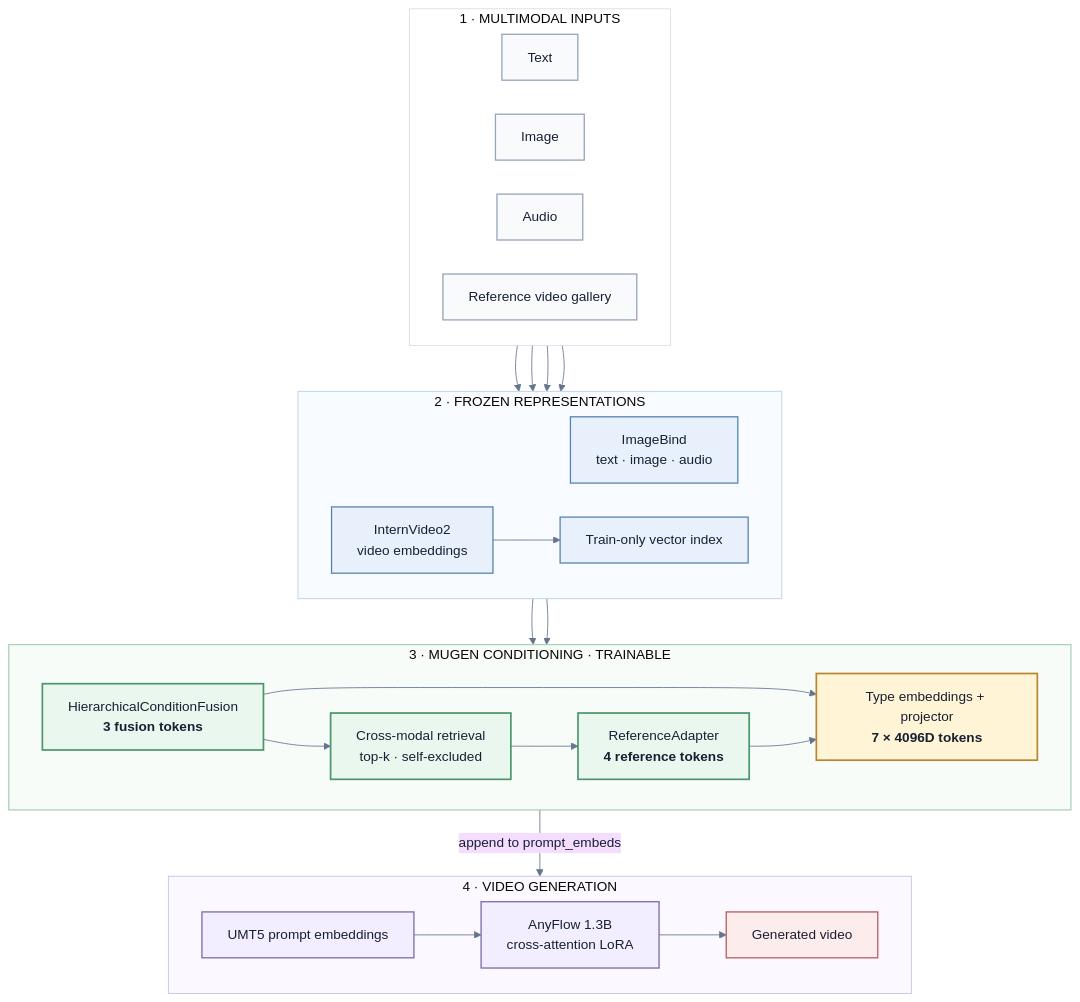
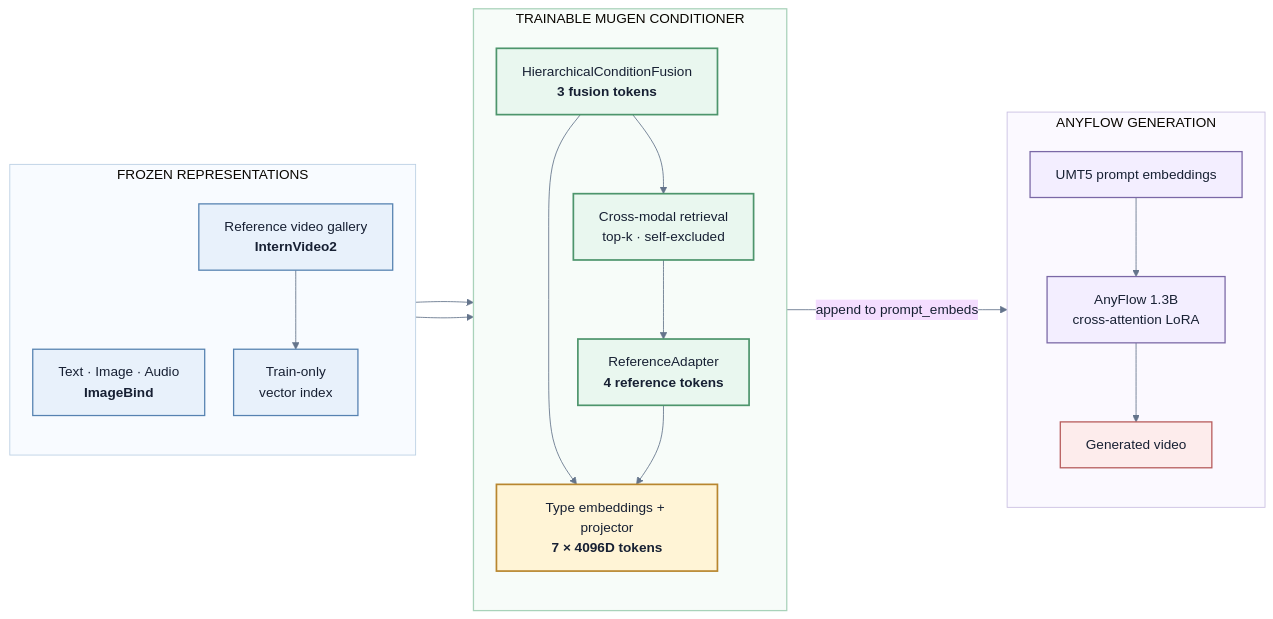
One commit to TomLjm/MUGen-VR changed the diagram in README.md. Above: the diagram before and after it, drawn with Mermaid.

Commit message:
docs: compact architecture overview

````diff
--- a/README.md
+++ b/README.md
@@ -15,66 +15,52 @@
 ```mermaid
-%%{init: {"theme": "base", "themeVariables": {"background": "#ffffff", "primaryTextColor": "#172033", "lineColor": "#64748b", "fontFamily": "Inter, ui-sans-serif, system-ui"}, "flowchart": {"curve": "basis", "nodeSpacing": 40, "rankSpacing": 54}}}%%
-flowchart TB
-  subgraph INPUTS["1  ·  MULTIMODAL INPUTS"]
-    direction LR
-    TXT["Text"]
-    IMG["Image"]
-    AUD["Audio"]
-    REF["Reference video gallery"]
-  end
-
-  subgraph BACKBONES["2  ·  FROZEN REPRESENTATIONS"]
-    direction LR
-    IB["ImageBind<br/>text · image · audio"]
-    IV["InternVideo2<br/>video embeddings"]
-    IDX["Train-only vector index"]
+%%{init: {"theme": "base", "themeVariables": {"background": "#ffffff", "primaryTextColor": "#172033", "lineColor": "#64748b", "fontFamily": "Inter, ui-sans-serif, system-ui"}, "flowchart": {"curve": "basis", "nodeSpacing": 34, "rankSpacing": 68}}}%%
+flowchart LR
+  subgraph BACKBONES["FROZEN REPRESENTATIONS"]
+    direction TB
+    IB["Text · Image · Audio<br/><b>ImageBind</b>"]
+    IV["Reference video gallery<br/><b>InternVideo2</b>"]
+    IDX["Train-only<br/>vector index"]
     IV --> IDX
   end
 
-  subgraph CONDITIONING["3  ·  MUGEN CONDITIONING  ·  TRAINABLE"]
-    direction LR
+  subgraph CONDITIONING["TRAINABLE MUGEN CONDITIONER"]
+    direction TB
     FUSION["HierarchicalConditionFusion<br/><b>3 fusion tokens</b>"]
     RETRIEVE["Cross-modal retrieval<br/>top-k · self-excluded"]
     ADAPTER["ReferenceAdapter<br/><b>4 reference tokens</b>"]
     PROJECT["Type embeddings + projector<br/><b>7 × 4096D tokens</b>"]
     FUSION --> RETRIEVE
     RETRIEVE --> ADAPTER
     FUSION --> PROJECT
     ADAPTER --> PROJECT
   end
 
-  subgraph GENERATION["4  ·  VIDEO GENERATION"]
-    direction LR
+  subgraph GENERATION["ANYFLOW GENERATION"]
+    direction TB
     PROMPT["UMT5 prompt embeddings"]
     ANYFLOW["AnyFlow 1.3B<br/>cross-attention LoRA"]
     VIDEO["Generated video"]
     PROMPT --> ANYFLOW --> VIDEO
   end
 
-  TXT --> IB
-  IMG --> IB
-  AUD --> IB
-  REF --> IV
   IB --> FUSION
   IDX --> RETRIEVE
   PROJECT -->|append to prompt_embeds| ANYFLOW
 
   classDef input fill:#f8fafc,stroke:#94a3b8,color:#172033,stroke-width:1.5px;
   classDef frozen fill:#e8f1fb,stroke:#5682b1,color:#172033,stroke-width:1.5px;
   classDef trainable fill:#e9f7ef,stroke:#4d956c,color:#172033,stroke-width:2px;
   classDef assembly fill:#fff4d6,stroke:#b8862f,color:#172033,stroke-width:2px;
   classDef generator fill:#f3eeff,stroke:#7a68a6,color:#172033,stroke-width:1.5px;
   classDef output fill:#fdecec,stroke:#b65a5a,color:#172033,stroke-width:1.5px;
 
-  class TXT,IMG,AUD,REF input;
   class IB,IV,IDX frozen;
   class FUSION,RETRIEVE,ADAPTER trainable;
   class PROJECT assembly;
   class PROMPT,ANYFLOW generator;
   class VIDEO output;
 
-  style INPUTS fill:#ffffff,stroke:#d7dee8,stroke-width:1px
   style BACKBONES fill:#f8fbff,stroke:#b9cee3,stroke-width:1px
   style CONDITIONING fill:#f7fcf9,stroke:#a9d2ba,stroke-width:1.5px
   style GENERATION fill:#fbf9ff,stroke:#c8bee1,stroke-width:1px
 ```
````
